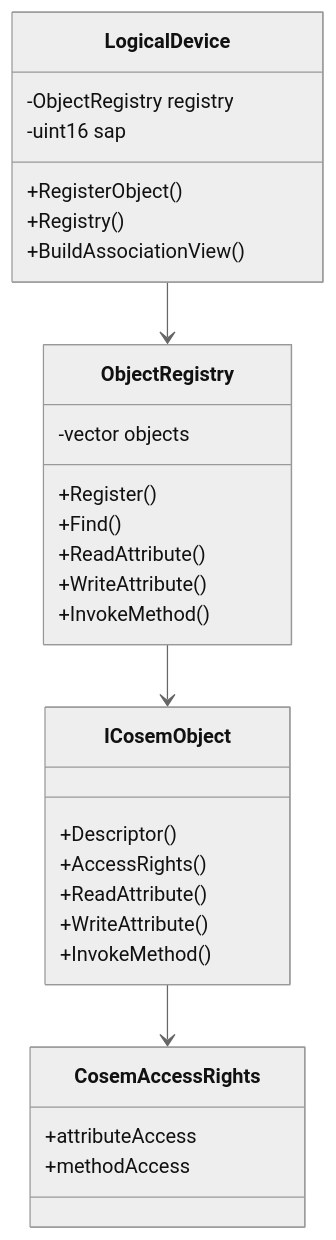
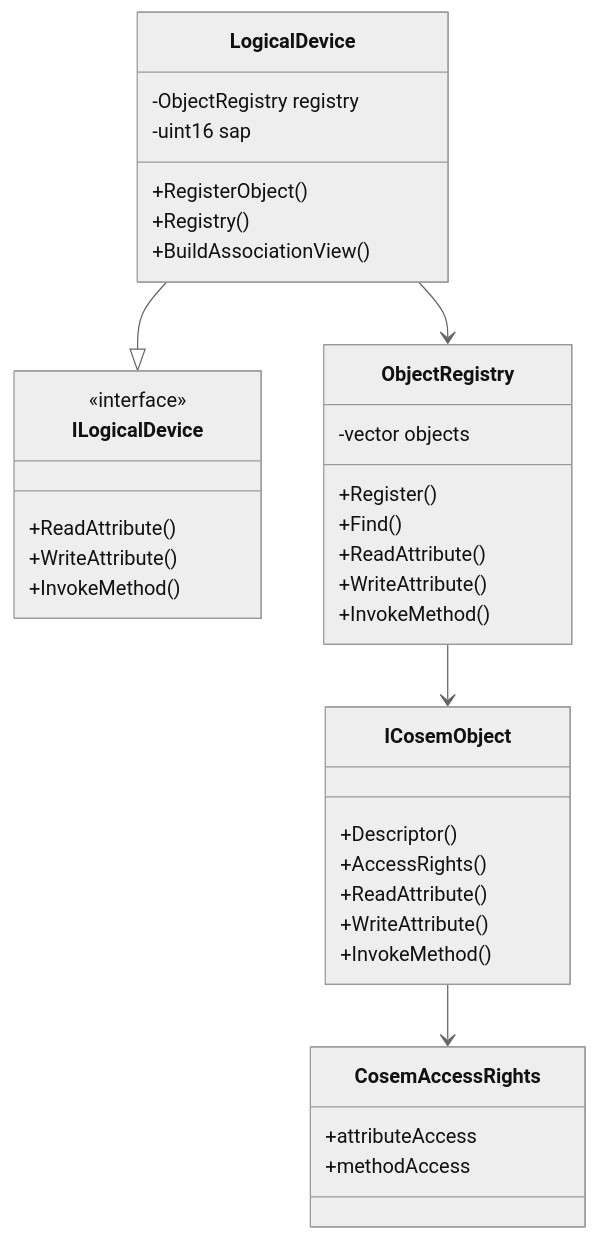
One commit to gvtret/dlms changed the first of 2 diagrams in lib/dlms-cosem/docs/01_cosem_api.md. Above: the diagram before and after it, drawn with Mermaid (neutral theme). The commit also changed other lines of this file and 15 other files, not shown here.

First line of the commit message:
refactor: add logical device dispatch port

````diff
--- a/lib/dlms-cosem/docs/01_cosem_api.md
+++ b/lib/dlms-cosem/docs/01_cosem_api.md
@@ -120,36 +150,44 @@
 ```mermaid
 classDiagram
+  class ILogicalDevice {
+    <<interface>>
+    +ReadAttribute()
+    +WriteAttribute()
+    +InvokeMethod()
+  }
+
   class LogicalDevice {
     -ObjectRegistry registry
     -uint16 sap
     +RegisterObject()
     +Registry()
     +BuildAssociationView()
   }
 
   class ObjectRegistry {
     -vector objects
     +Register()
     +Find()
     +ReadAttribute()
     +WriteAttribute()
     +InvokeMethod()
   }
 
   class ICosemObject {
     +Descriptor()
     +AccessRights()
     +ReadAttribute()
     +WriteAttribute()
     +InvokeMethod()
   }
 
   class CosemAccessRights {
     +attributeAccess
     +methodAccess
   }
 
+  LogicalDevice --|> ILogicalDevice
   LogicalDevice --> ObjectRegistry
   ObjectRegistry --> ICosemObject
   ICosemObject --> CosemAccessRights
 ```
````
